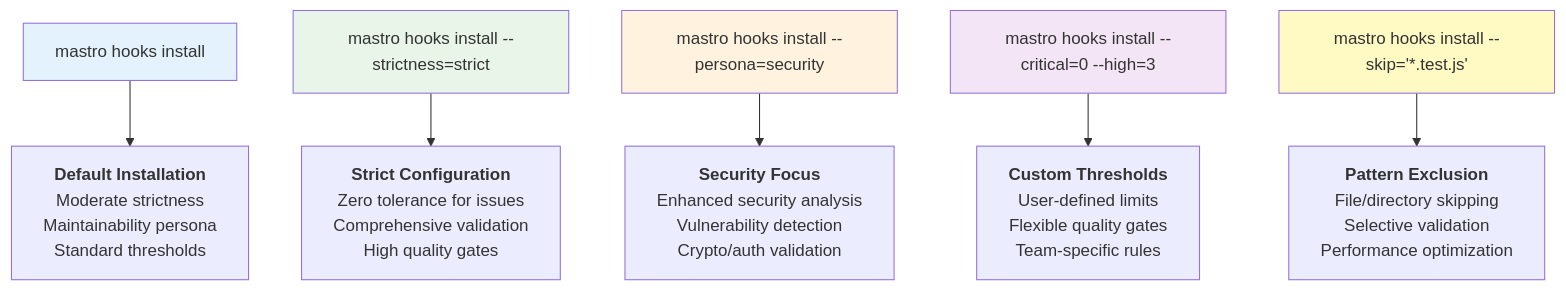
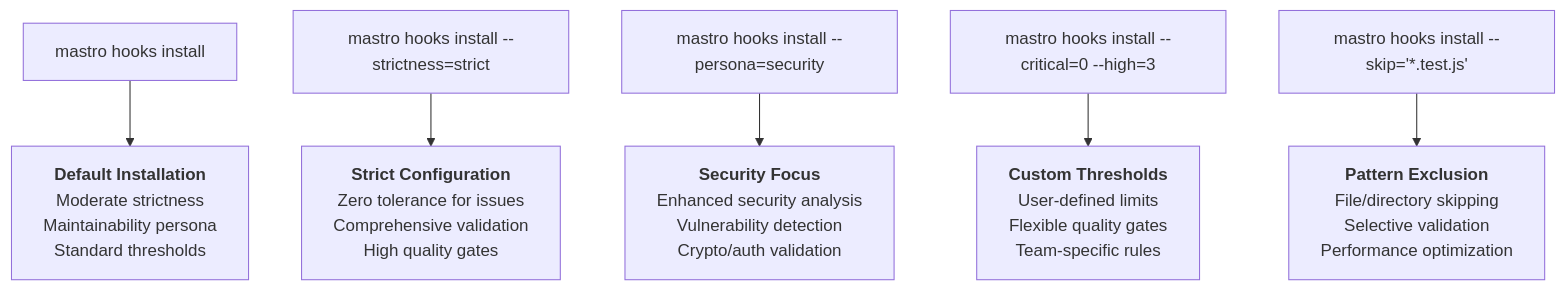
The ninth of 10 diagrams in docs/diagrams/mastro-hooks-flow.md (geogoesbeepboop/mastro), drawn with Mermaid before and after one commit. The commit also changed other lines of this file and 5 other files, not shown here.

First line of the commit message:
docs: update analytics and flow diagrams for clarity

````diff
--- a/docs/diagrams/mastro-hooks-flow.md
+++ b/docs/diagrams/mastro-hooks-flow.md
@@ -413,33 +427,35 @@
 ```mermaid
+
 graph TD
     CMD["`mastro hooks install`"] --> DEF["`**Default Installation**
     Moderate strictness
     Maintainability persona
     Standard thresholds`"]
     
     STR["`mastro hooks install --strictness=strict`"] --> STRF["`**Strict Configuration**
     Zero tolerance for issues
     Comprehensive validation
     High quality gates`"]
     
     PER["`mastro hooks install --persona=security`"] --> PERF["`**Security Focus**
     Enhanced security analysis
     Vulnerability detection
     Crypto/auth validation`"]
     
     THR["`mastro hooks install --critical=0 --high=3`"] --> THRF["`**Custom Thresholds**
     User-defined limits
     Flexible quality gates
     Team-specific rules`"]
     
     SKIP["`mastro hooks install --skip='*.test.js'`"] --> SKIPF["`**Pattern Exclusion**
     File/directory skipping
     Selective validation
     Performance optimization`"]
 
-    style CMD fill:#e3f2fd
-    style STR fill:#e8f5e8
-    style PER fill:#fff3e0
-    style THR fill:#f3e5f5
-    style SKIP fill:#fff9c4
+    style CMD fill:#e3f2fd color:#000000
+    style STR fill:#e8f5e8 color:#000000
+    style PER fill:#fff3e0 color:#000000
+    style THR fill:#f3e5f5 color:#000000
+    style SKIP fill:#fff9c4 color:#000000
+
 ```
````
